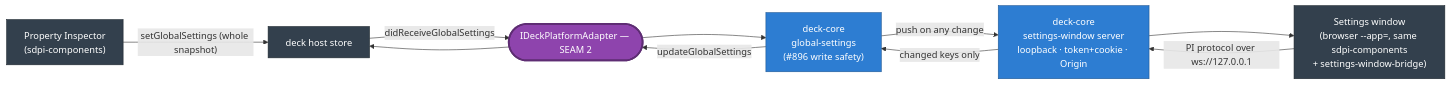
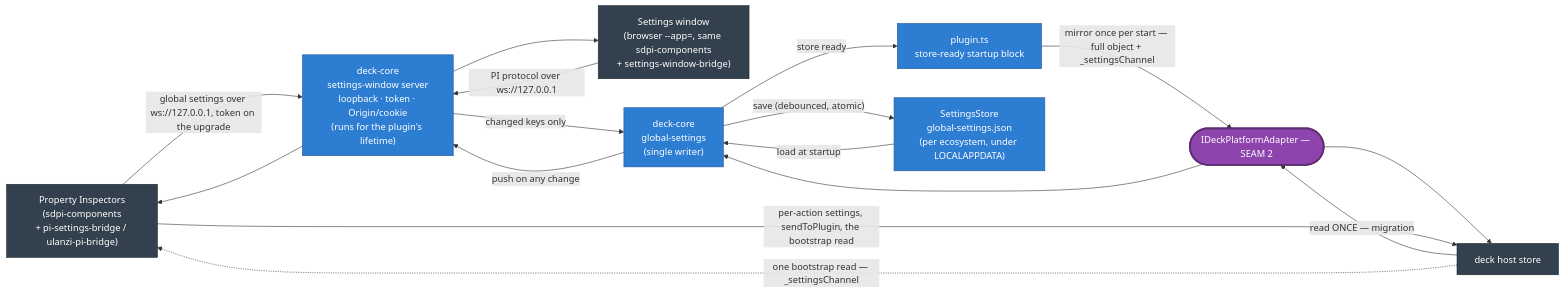
One commit to niklam/iracedeck changed the fourth of 6 diagrams in packages/website/src/content/docs/docs/development/architecture.md. Above: the diagram before and after it, drawn with Mermaid. The commit also changed other lines of this file and 82 other files, not shown here.

First line of the commit message:
feat(settings): plugin-owned settings store and Property Inspector bridge (#993) (#1002)

````diff
--- a/packages/website/src/content/docs/docs/development/architecture.md
+++ b/packages/website/src/content/docs/docs/development/architecture.md
@@ -150,23 +150,31 @@
 ```mermaid
 flowchart LR
-  pi["Property Inspector<br/>(sdpi-components)"]:::ext
+  pi["Property Inspectors<br/>(sdpi-components<br/>+ pi-settings-bridge / ulanzi-pi-bridge)"]:::ext
   win["Settings window<br/>(browser --app=, same sdpi-components<br/>+ settings-window-bridge)"]:::ext
-  srv["deck-core<br/>settings-window server<br/>loopback · token+cookie · Origin"]:::core
-  gs["deck-core<br/>global-settings<br/>(#896 write safety)"]:::core
+  srv["deck-core<br/>settings-window server<br/>loopback · token · Origin/cookie<br/>(runs for the plugin's lifetime)"]:::core
+  gs["deck-core<br/>global-settings<br/>(single writer)"]:::core
+  boot["plugin.ts<br/>store-ready startup block"]:::core
+  store["SettingsStore<br/>global-settings.json<br/>(per ecosystem, under LOCALAPPDATA)"]:::core
   core(["IDeckPlatformAdapter — SEAM 2"]):::seam
   host["deck host store"]:::ext
 
-  pi -->|"setGlobalSettings (whole snapshot)"| host
-  host -->|"didReceiveGlobalSettings"| core
-  core --> gs
   win -->|"PI protocol over ws://127.0.0.1"| srv
+  pi -->|"global settings over ws://127.0.0.1, token on the upgrade"| srv
   srv -->|"changed keys only"| gs
-  gs -->|"updateGlobalSettings"| core
-  core --> host
+  gs -->|"save (debounced, atomic)"| store
+  store -->|"load at startup"| gs
   gs -->|"push on any change"| srv
   srv --> win
+  srv --> pi
+  host -->|"read ONCE — migration"| core
+  core --> gs
+  gs -->|"store ready"| boot
+  boot -->|"mirror once per start — full object + _settingsChannel"| core
+  core --> host
+  host -.->|"one bootstrap read — _settingsChannel"| pi
+  pi -->|"per-action settings, sendToPlugin, the bootstrap read"| host
 
   classDef ext fill:#33404d,color:#fff,stroke:#1d262e;
   classDef seam fill:#8e44ad,color:#fff,stroke:#5e2d73,stroke-width:3px;
   classDef core fill:#2d7dd2,color:#fff,stroke:#1f5793;
 ```
````
